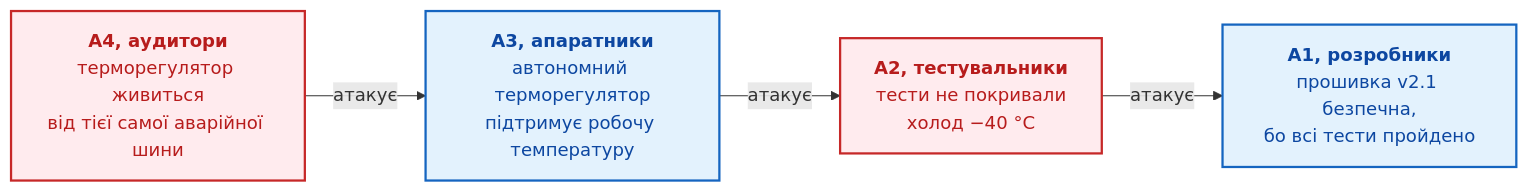
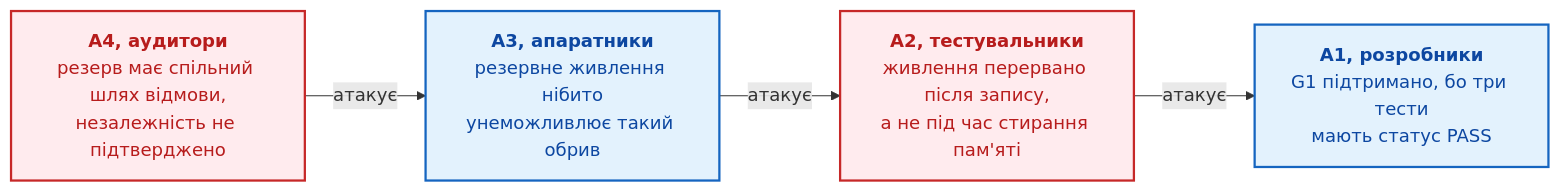
One commit to nick-fedchik/articles changed the sixth of 6 diagrams in ExpertSystem/ch27-safety-case-gsn-synthesis.md. Above: the diagram before and after it, drawn with Mermaid. The commit also changed other lines of this file and 7 other files, not shown here.

````diff
--- a/ExpertSystem/ch27-safety-case-gsn-synthesis.md
+++ b/ExpertSystem/ch27-safety-case-gsn-synthesis.md
@@ -408,20 +571,20 @@
 ```mermaid
 flowchart LR
-    accTitle: Рамка аргументації для обговорення безпеки прошивки
+    accTitle: Рамка аргументації для перевірки відновлення оновлюваної прошивки
     accDescr: Аргумент тестувальників A2 атакує твердження розробників A1, аргумент розробників апаратури A3 атакує A2, а аргумент аудиторів A4 атакує A3.
 
-    A1["<b>A1, розробники</b><br/>прошивка v2.1 безпечна,<br/>бо всі тести пройдено"]
-    A2["<b>A2, тестувальники</b><br/>тести не покривали<br/>холод −40 °C"]
-    A3["<b>A3, апаратники</b><br/>автономний терморегулятор<br/>підтримує робочу температуру"]
-    A4["<b>A4, аудитори</b><br/>терморегулятор живиться<br/>від тієї самої аварійної шини"]
+    A1["<b>A1, розробники</b><br/>G1 підтримано, бо три тести<br/>мають статус PASS"]
+    A2["<b>A2, тестувальники</b><br/>живлення перервано після запису,<br/>а не під час стирання пам'яті"]
+    A3["<b>A3, апаратники</b><br/>резервне живлення нібито<br/>унеможливлює такий обрив"]
+    A4["<b>A4, аудитори</b><br/>резерв має спільний шлях відмови,<br/>незалежність не підтверджено"]
 
     A2 -->|"атакує"| A1
     A3 -->|"атакує"| A2
     A4 -->|"атакує"| A3
 
     classDef claim fill:#e3f2fd,stroke:#1565c0,stroke-width:2px,color:#0d47a1;
     classDef attack fill:#ffebee,stroke:#c62828,stroke-width:2px,color:#b71c1c;
 
     class A1,A3 claim;
     class A2,A4 attack;
 ```
````
